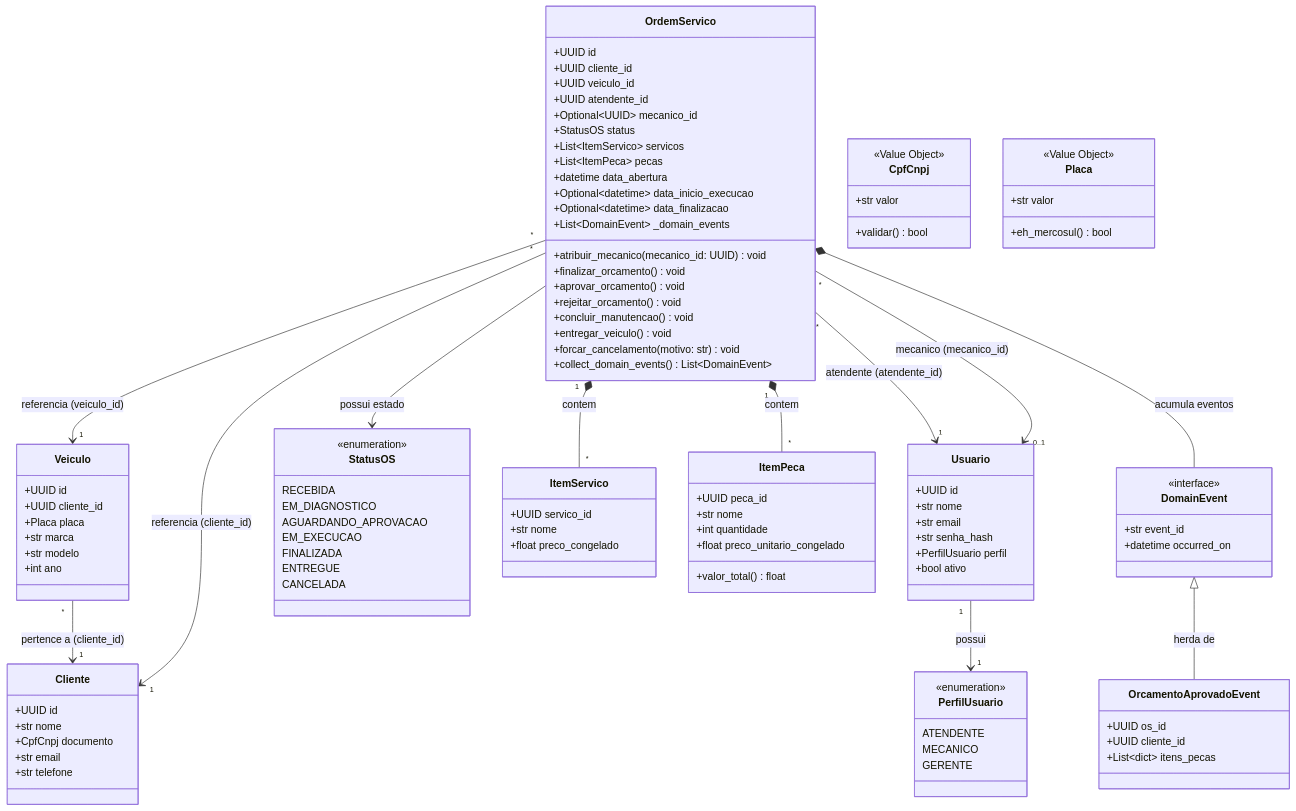
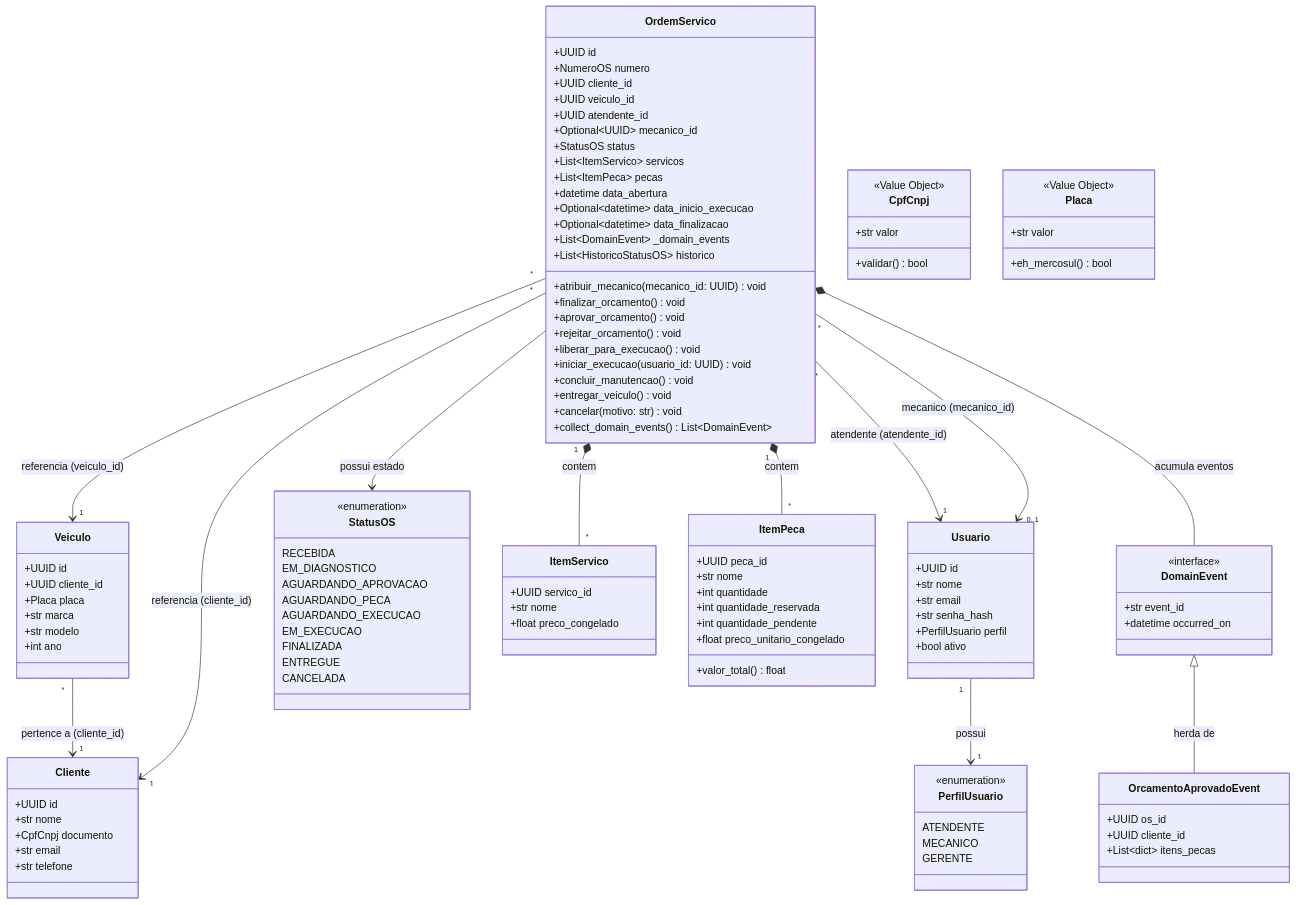
Before and after one commit to vieira-gabriel/FIAP_SIAES: the fourth of 4 diagrams in docs/ddd/c4-model.md, drawn with Mermaid. The commit also changed other lines of this file and 12 other files, not shown here.

```diff
--- a/docs/ddd/c4-model.md
+++ b/docs/ddd/c4-model.md
@@ -218,6 +221,8 @@
         RECEBIDA
         EM_DIAGNOSTICO
         AGUARDANDO_APROVACAO
+        AGUARDANDO_PECA
+        AGUARDANDO_EXECUCAO
         EM_EXECUCAO
         FINALIZADA
         ENTREGUE
@@ -226,6 +231,7 @@
 
     class OrdemServico {
         +UUID id
+        +NumeroOS numero
         +UUID cliente_id
         +UUID veiculo_id
         +UUID atendente_id
@@ -239,11 +245,14 @@
         +List~DomainEvent~ _domain_events
         +atribuir_mecanico(mecanico_id: UUID) void
         +finalizar_orcamento() void
+        +List~HistoricoStatusOS~ historico
         +aprovar_orcamento() void
         +rejeitar_orcamento() void
+        +liberar_para_execucao() void
+        +iniciar_execucao(usuario_id: UUID) void
         +concluir_manutencao() void
         +entregar_veiculo() void
-        +forcar_cancelamento(motivo: str) void
+        +cancelar(motivo: str) void
         +collect_domain_events() List~DomainEvent~
     }
 
@@ -257,6 +266,8 @@
         +UUID peca_id
         +str nome
         +int quantidade
+        +int quantidade_reservada
+        +int quantidade_pendente
         +float preco_unitario_congelado
         +valor_total() float
     }
```
